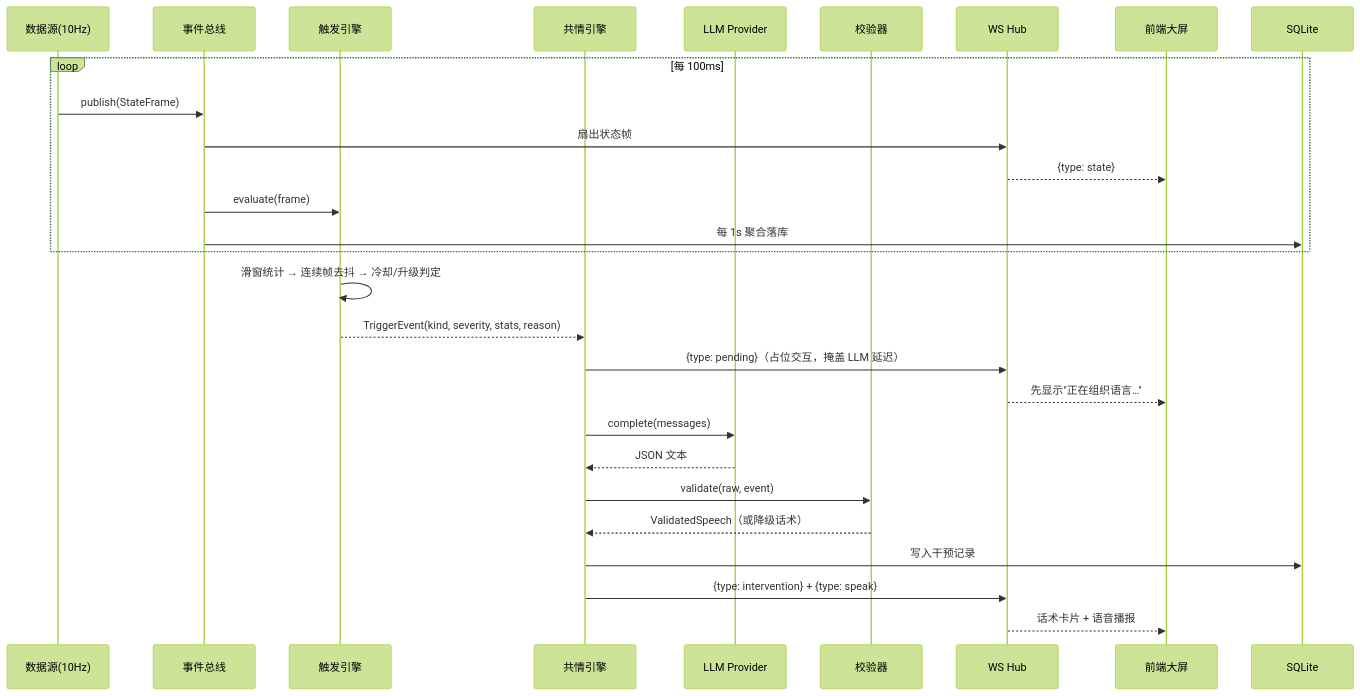
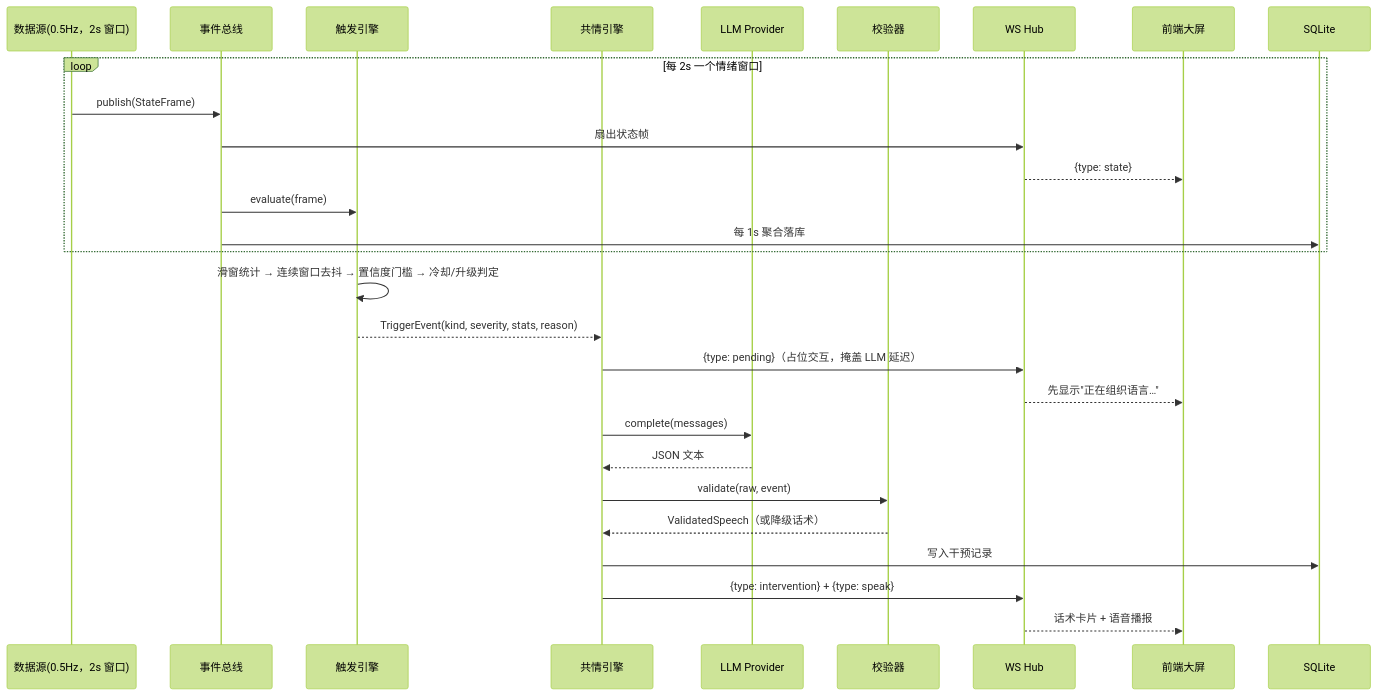
Before and after one commit to SoulArchmage/empathic-cabin-monitoring: the second of 2 diagrams in docs/系统设计与工程实现报告.md, drawn with Mermaid (forest theme). The commit also changed other lines of this file and 46 other files, not shown here.

````diff
--- a/docs/系统设计与工程实现报告.md
+++ b/docs/系统设计与工程实现报告.md
@@ -77,32 +78,32 @@
 ```mermaid
 sequenceDiagram
-    participant S as 数据源(10Hz)
+    participant S as 数据源(0.5Hz，2s 窗口)
     participant B as 事件总线
     participant T as 触发引擎
     participant E as 共情引擎
     participant L as LLM Provider
     participant V as 校验器
     participant H as WS Hub
     participant F as 前端大屏
     participant DB as SQLite
 
-    loop 每 100ms
+    loop 每 2s 一个情绪窗口
         S->>B: publish(StateFrame)
         B->>H: 扇出状态帧
         H-->>F: {type: state}
         B->>T: evaluate(frame)
         B->>DB: 每 1s 聚合落库
     end
 
-    T->>T: 滑窗统计 → 连续帧去抖 → 冷却/升级判定
+    T->>T: 滑窗统计 → 连续窗口去抖 → 置信度门槛 → 冷却/升级判定
     T-->>E: TriggerEvent(kind, severity, stats, reason)
     E->>H: {type: pending}（占位交互，掩盖 LLM 延迟）
     H-->>F: 先显示"正在组织语言…"
     E->>L: complete(messages)
     L-->>E: JSON 文本
     E->>V: validate(raw, event)
     V-->>E: ValidatedSpeech（或降级话术）
     E->>DB: 写入干预记录
     E->>H: {type: intervention} + {type: speak}
     H-->>F: 话术卡片 + 语音播报
 ```
````
